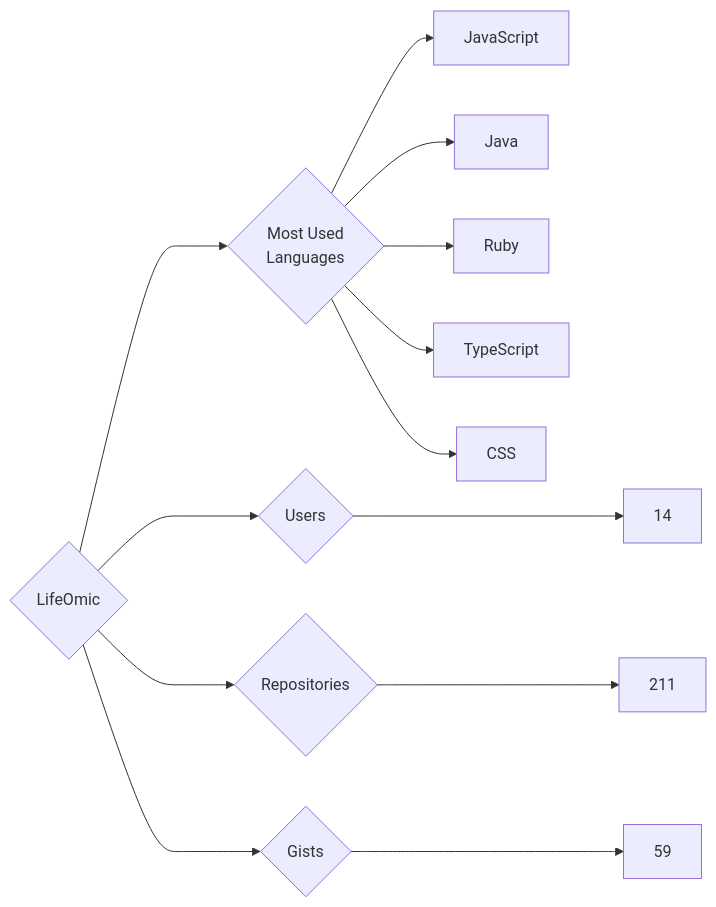
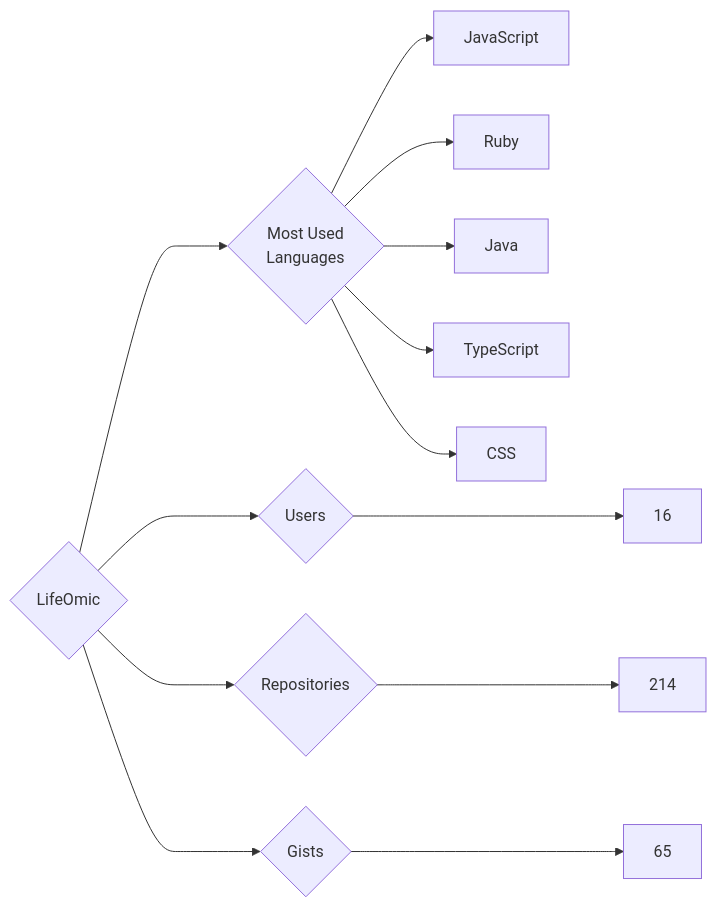
The diagram in targets/LifeOmic/README.md (trickest/insiders), drawn with Mermaid before and after one commit. The commit also changed 1389 other files, not shown here.

````diff
--- a/targets/LifeOmic/README.md
+++ b/targets/LifeOmic/README.md
@@ -3,13 +3,13 @@
 ```mermaid
 graph LR
 COMPANY_NAME{LifeOmic}
-COMPANY_NAME ---> U{Users} ---> UN[14]
-COMPANY_NAME ---> R{Repositories} ---> RN[211]
-COMPANY_NAME ---> G{Gists} ---> GN[59]
+COMPANY_NAME ---> U{Users} ---> UN[16]
+COMPANY_NAME ---> R{Repositories} ---> RN[214]
+COMPANY_NAME ---> G{Gists} ---> GN[65]
 COMPANY_NAME ---> ML{Most Used<br>Languages}
 ML --> JavaScript[JavaScript]
+ML --> Ruby[Ruby]
 ML --> Java[Java]
-ML --> Ruby[Ruby]
 ML --> TypeScript[TypeScript]
 ML --> CSS[CSS]
 ```
````
